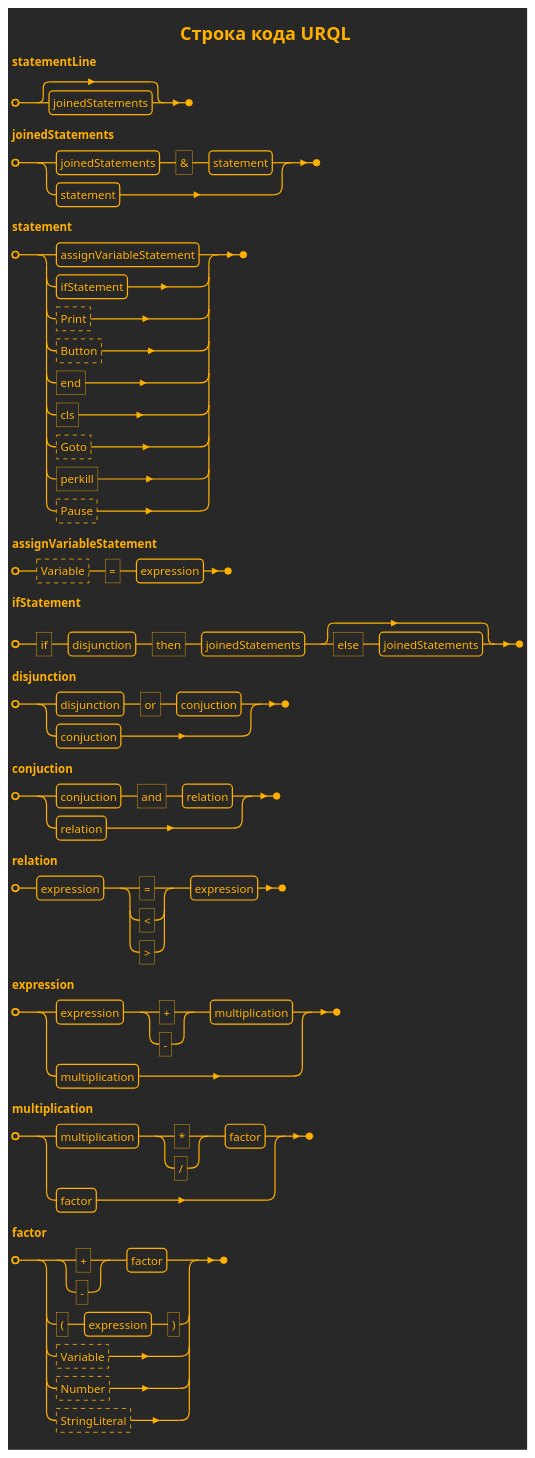
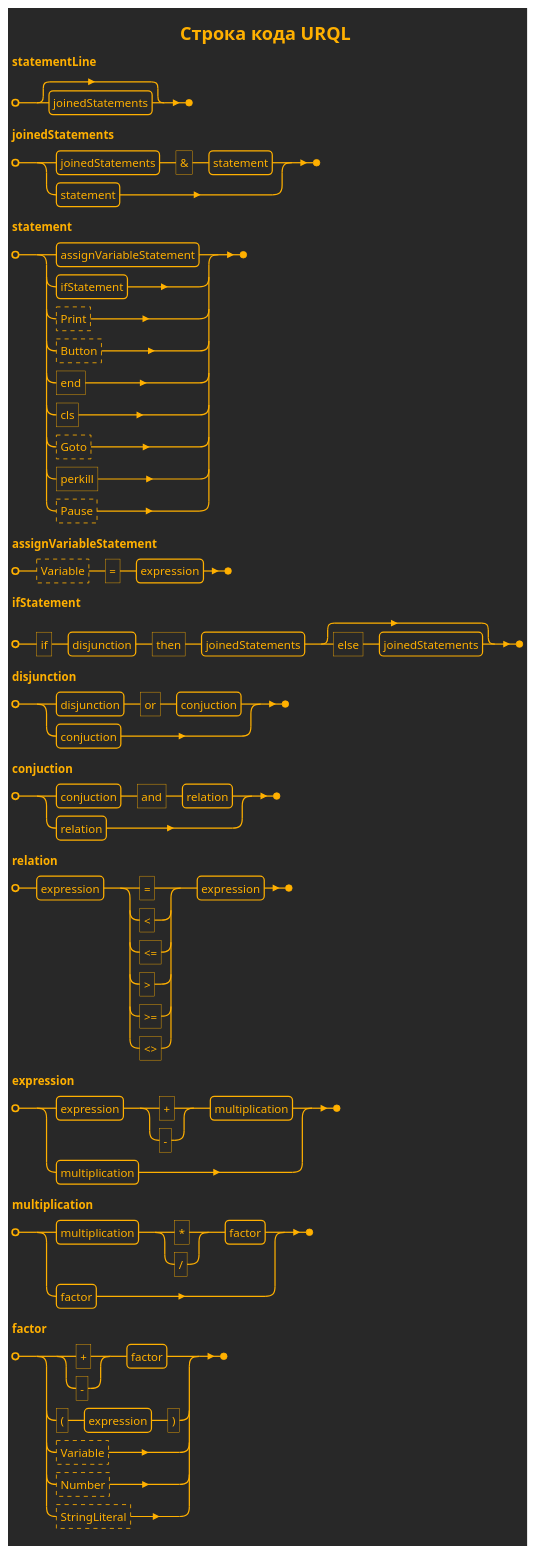
Before and after one commit to realsonic/MURQ: the first of 13 diagrams in Domain/MURQ.Domain/URQL/docs/URQL Lines Syntax.md, drawn with PlantUML. The commit also changed 11 other files, not shown here.

````diff
--- a/Domain/MURQ.Domain/URQL/docs/URQL Lines Syntax.md
+++ b/Domain/MURQ.Domain/URQL/docs/URQL Lines Syntax.md
@@ -2,54 +2,54 @@
 ```plantuml
 @startebnf URQL Line
 !theme crt-amber
 ' skinparam monochrome reverse
 
 title Строка кода URQL
 
 statementLine = [ joinedStatements ];
 
 joinedStatements = 
       joinedStatements, '&', statement
     | statement;
 
 statement =
     assignVariableStatement
   | ifStatement
   | ?Print?
   | ?Button?
   | 'end'
   | 'cls'
   | ?Goto?
   | 'perkill'
   | ?Pause?;
 
 assignVariableStatement = ?Variable?,  '=', expression;
 
 ifStatement = 'if', disjunction, 'then', joinedStatements, [ 'else', joinedStatements ];
 
 disjunction =
     disjunction, 'or', conjuction
   | conjuction;
 
 conjuction =
     conjuction, 'and', relation
   | relation;
 
-relation = expression, ('=' | '<' | '>'), expression;
+relation = expression, ('=' | '<' | '<=' | '>' | '>=' | '<>'), expression;
 
 expression =
     expression, ('+' | '-'), multiplication
   | multiplication;
 
 multiplication =
     multiplication, ('*' | "/"), factor
   | factor;
 
 factor =
     ('+' | '-'), factor
   | '(', expression, ')'
   | ?Variable?
   | ?Number?
   | ?StringLiteral?;
 @endebnf
 ```
````
